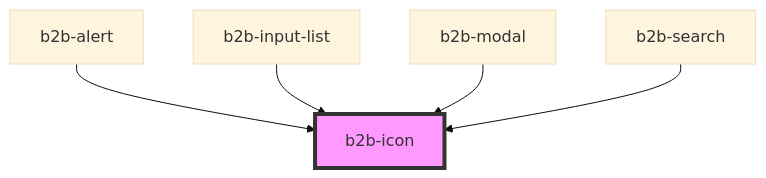
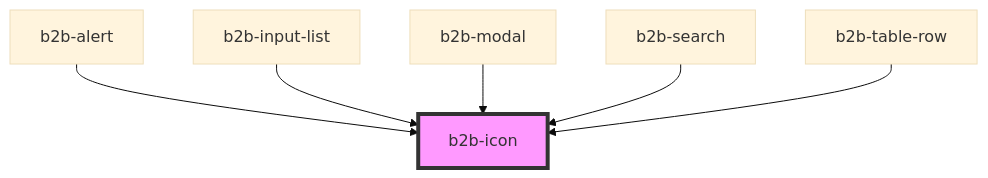
Before and after one commit to otto-de/b2b-design-system: the diagram in packages/core-components/src/components/icon/readme.md, drawn with Mermaid (base theme). The commit also changed other lines of this file and 9 other files, not shown here.

````diff
--- a/packages/core-components/src/components/icon/readme.md
+++ b/packages/core-components/src/components/icon/readme.md
@@ -27,8 +28,9 @@
 ```mermaid
 graph TD;
   b2b-alert --> b2b-icon
   b2b-input-list --> b2b-icon
   b2b-modal --> b2b-icon
   b2b-search --> b2b-icon
+  b2b-table-row --> b2b-icon
   style b2b-icon fill:#f9f,stroke:#333,stroke-width:4px
 ```
````
